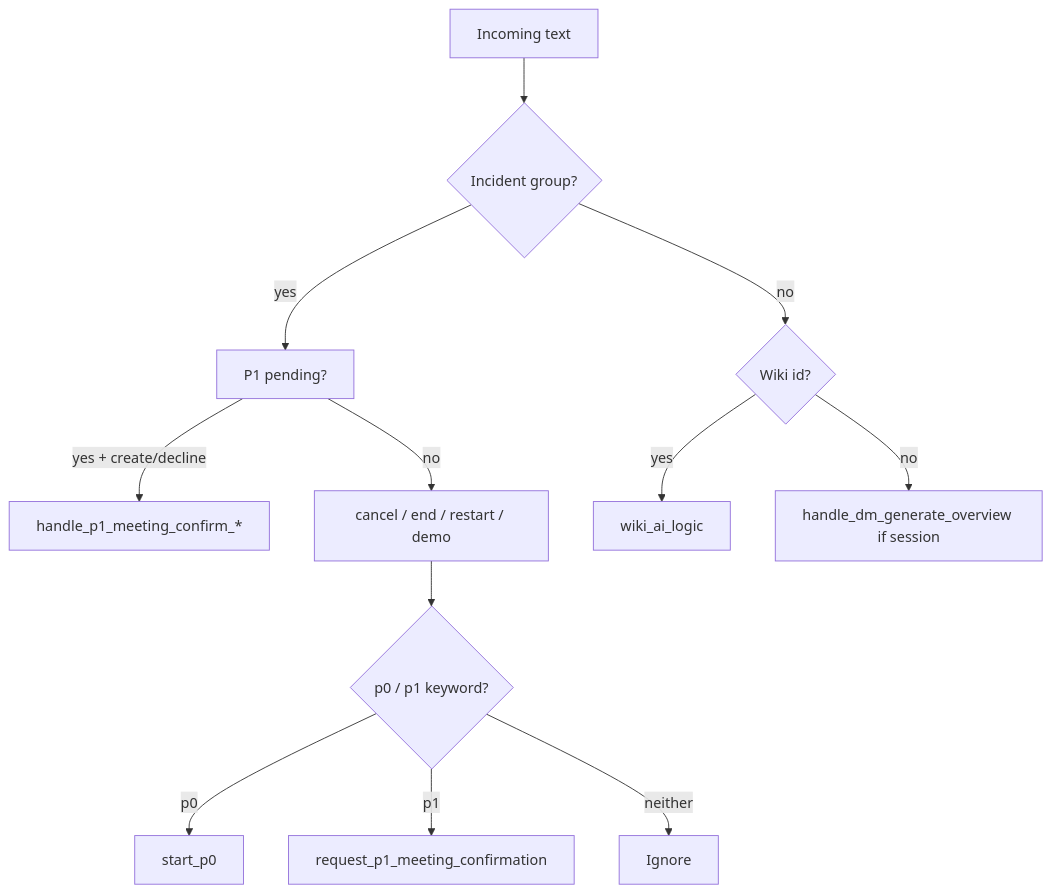
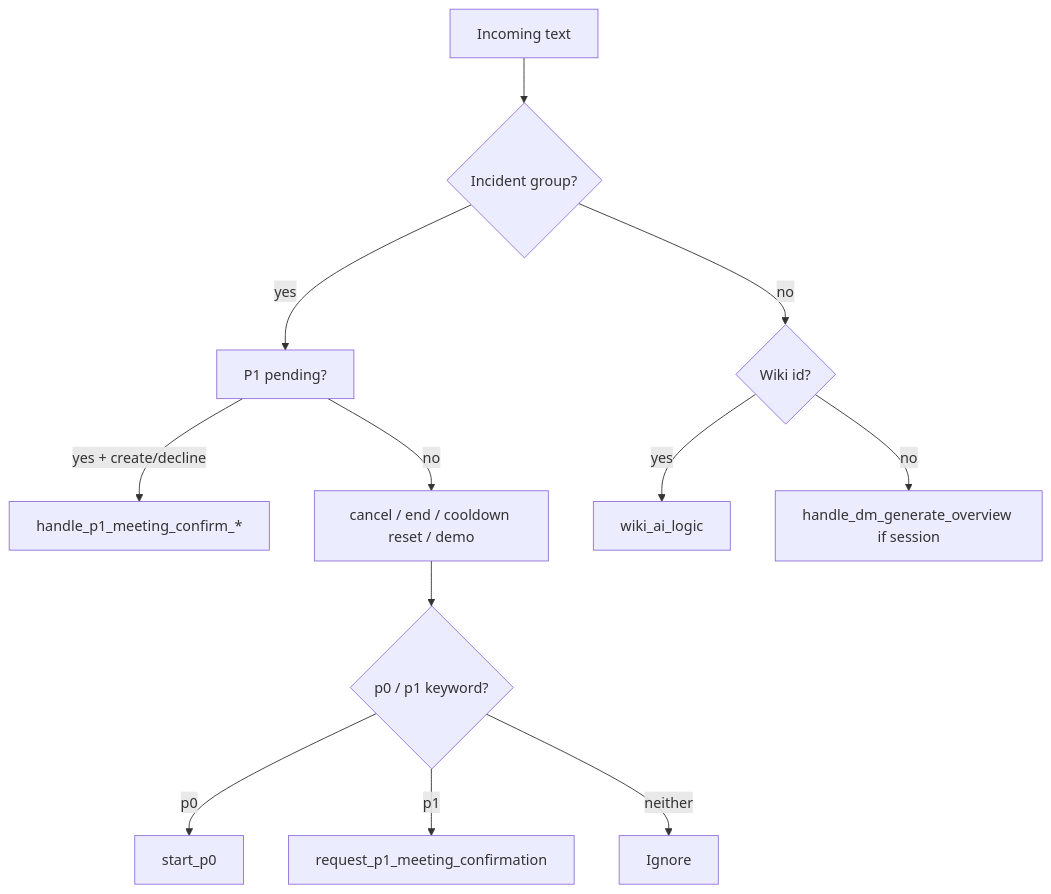
The third of 5 diagrams in docs/ARCHITECTURE_AND_FLOW.md (Renzel025/lark-ops-ai), drawn with Mermaid before and after one commit. The commit also changed other lines of this file and 6 other files, not shown here.

````diff
--- a/docs/ARCHITECTURE_AND_FLOW.md
+++ b/docs/ARCHITECTURE_AND_FLOW.md
@@ -102,14 +102,14 @@
 ```mermaid
 flowchart TD
   T[Incoming text] --> IG{Incident group?}
   IG -->|yes| P1P[P1 pending?]
   P1P -->|yes + create/decline| P1H[handle_p1_meeting_confirm_*]
-  P1P -->|no| CAN[cancel / end / restart / demo]
+  P1P -->|no| CAN[cancel / end / cooldown reset / demo]
   CAN --> KW{p0 / p1 keyword?}
   KW -->|p0| SP0[start_p0]
   KW -->|p1| RP1[request_p1_meeting_confirmation]
   KW -->|neither| IGN[Ignore]
   IG -->|no| W{Wiki id?}
   W -->|yes| Wiki[wiki_ai_logic]
   W -->|no| DM[handle_dm_generate_overview if session]
 ```
````
